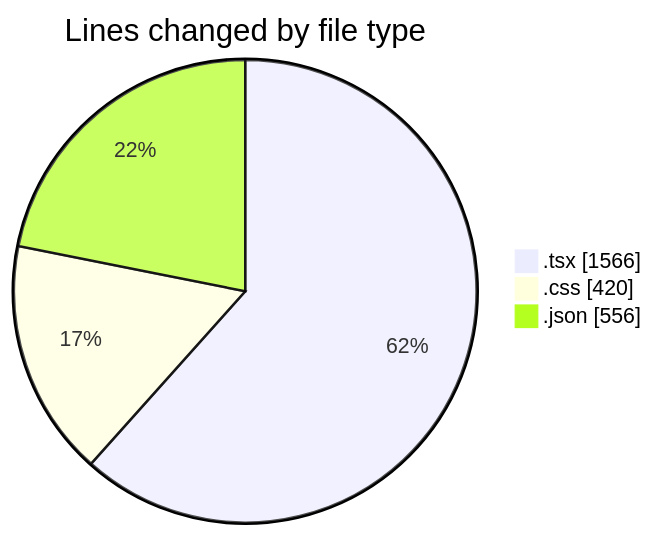
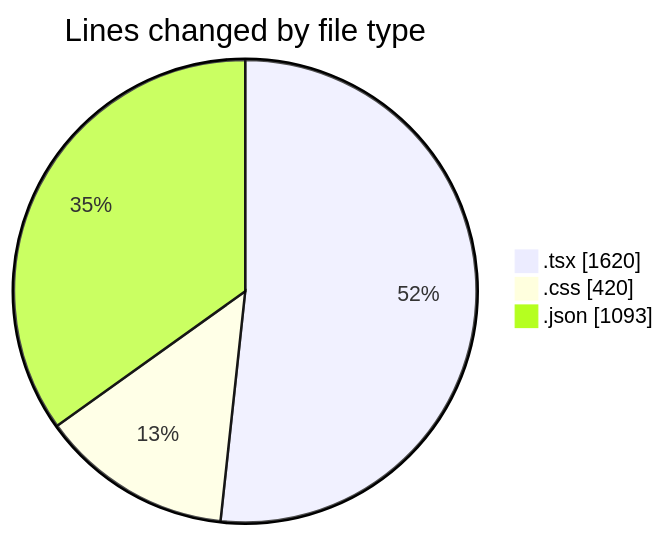
The first of 2 diagrams in 2025-08-04/tw-server/README.md (EIIisD/code-tracking), drawn with Mermaid before and after one commit. The commit also changed other lines of this file and 1 other file, not shown here.

````diff
--- a/2025-08-04/tw-server/README.md
+++ b/2025-08-04/tw-server/README.md
@@ -28,7 +28,7 @@
 ```mermaid
 pie showData
 title Lines changed by file type
-".tsx" : 1566
+".tsx" : 1620
 ".css" : 420
-".json" : 556
+".json" : 1093
 ```
````
